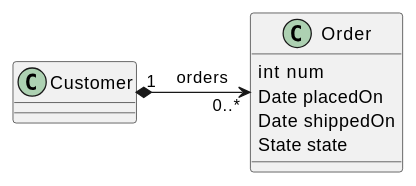
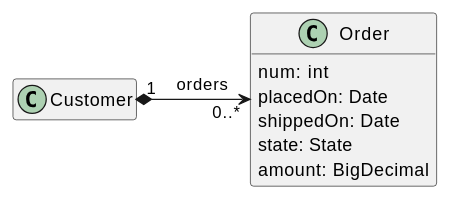
Before and after one commit to apache/causeway: the diagram in antora/components/userguide/modules/fun/pages/ui/table-columns.adoc, drawn with PlantUML. The commit also changed other lines of this file and 2 other files, not shown here.

```diff
--- a/antora/components/userguide/modules/fun/pages/ui/table-columns.adoc
+++ b/antora/components/userguide/modules/fun/pages/ui/table-columns.adoc
@@ -13,11 +15,14 @@
 [plantuml]
 ....
+hide empty members
+
 Customer "1" *-r-> "0..*" Order : "    orders"
 
 class Order {
-    int num
-    Date placedOn
-    Date shippedOn
-    State state
+    num: int
+    placedOn: Date
+    shippedOn: Date
+    state: State
+    amount: BigDecimal
 }
 ....
```
